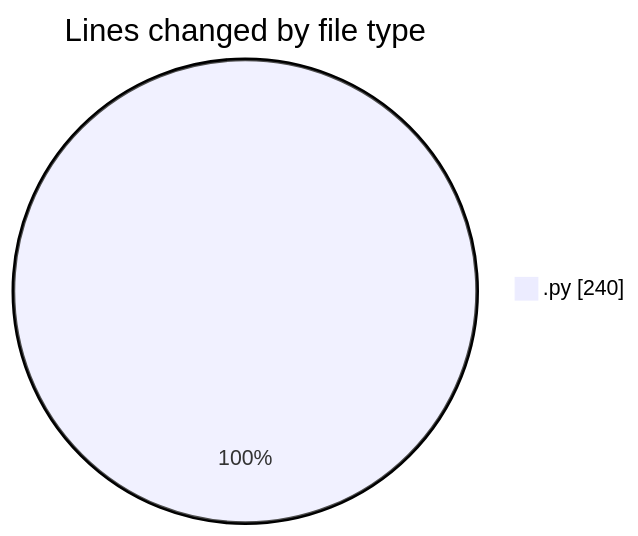
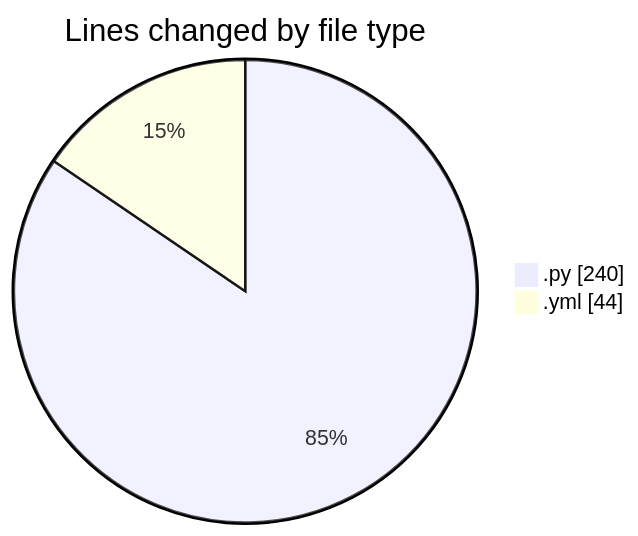
The first of 2 diagrams in 2025-08-07/studybuddy/README.md (lephambinh05/code-tracking), drawn with Mermaid before and after one commit. The commit also changed other lines of this file and 1 other file, not shown here.

````diff
--- a/2025-08-07/studybuddy/README.md
+++ b/2025-08-07/studybuddy/README.md
@@ -20,5 +21,6 @@
 ```mermaid
 pie showData
 title Lines changed by file type
 ".py" : 240
+".yml" : 44
 ```
````
